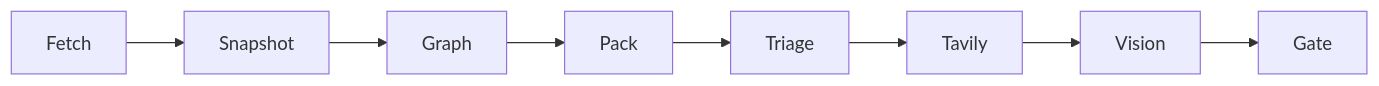
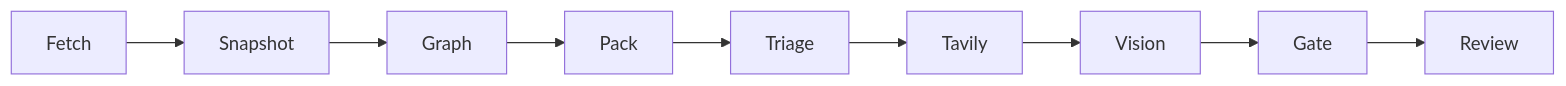
The second of 3 diagrams in README.md (AdityaKrSingh26/MergeDesk), drawn with Mermaid before and after one commit. The commit also changed other lines of this file and 31 other files, not shown here.

````diff
--- a/README.md
+++ b/README.md
@@ -97,4 +104,4 @@
 ```mermaid
 flowchart LR
-  Fetch --> Snapshot --> Graph --> Pack --> Triage --> Tavily --> Vision --> Gate
+  Fetch --> Snapshot --> Graph --> Pack --> Triage --> Tavily --> Vision --> Gate --> Review
 ```
````
